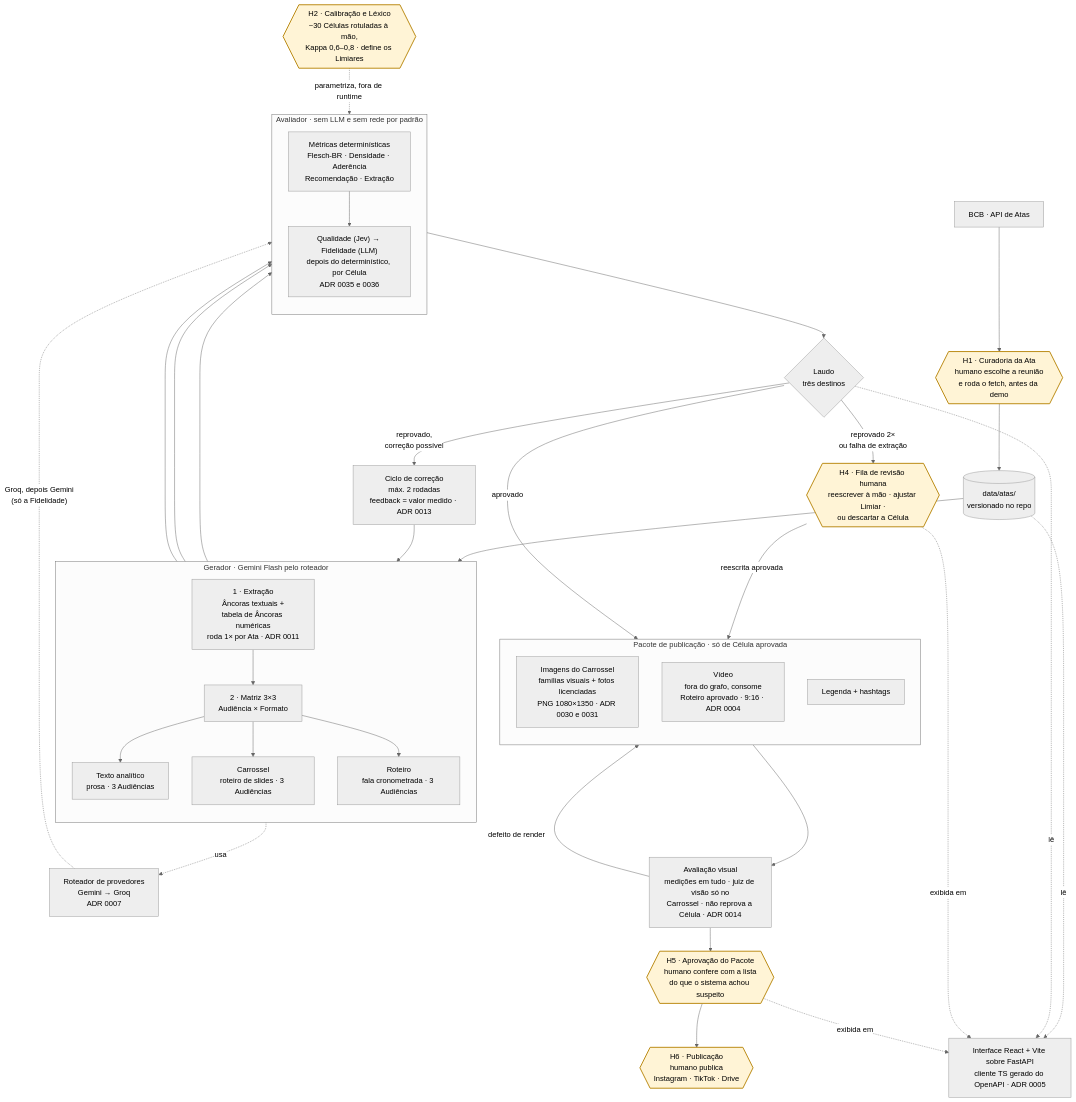
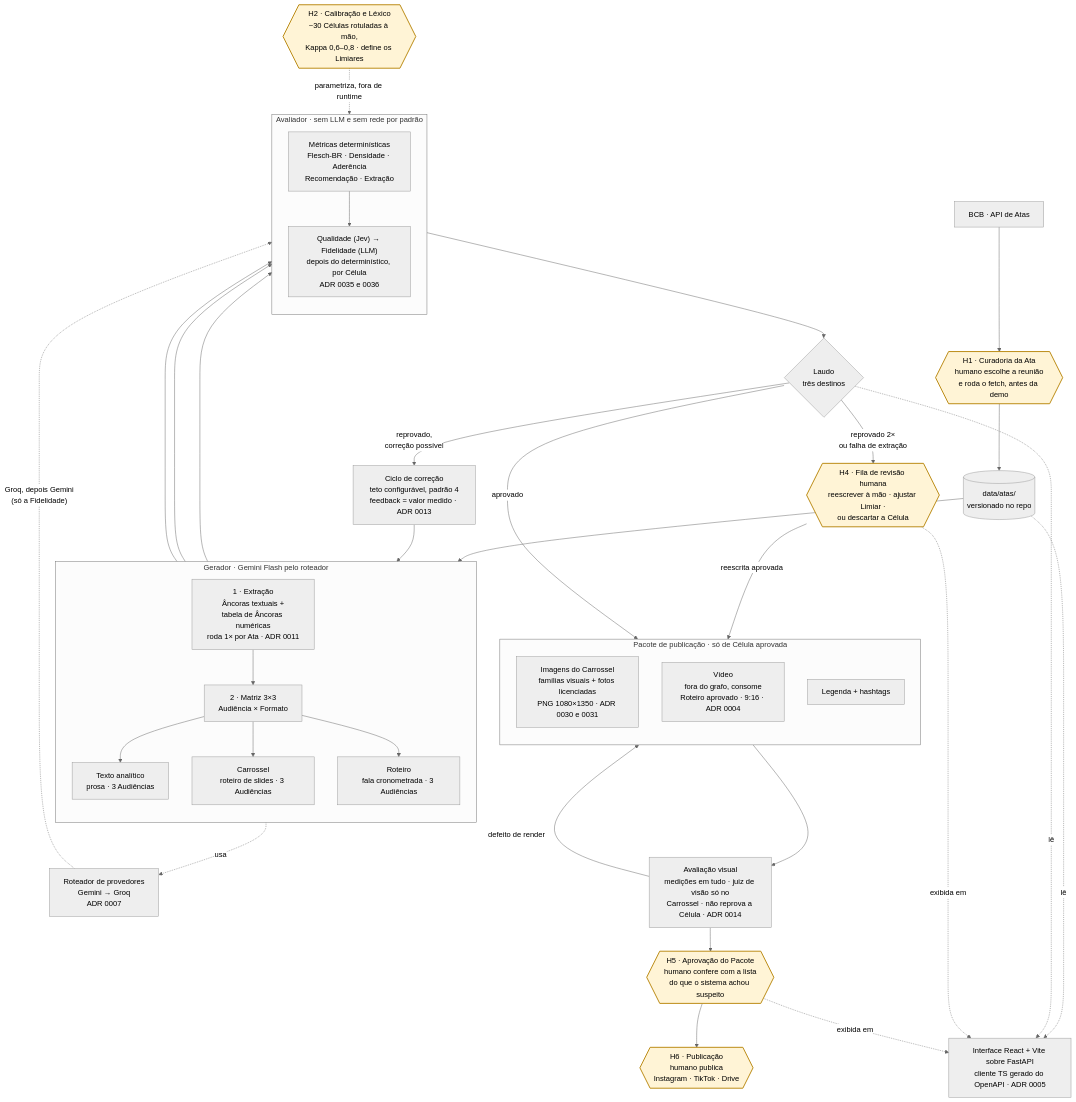
One commit to Lucas-Andrade-Silva/caseSunoAcademyFinance changed the diagram in docs/ARQUITETURA.md. Above: the diagram before and after it, drawn with Mermaid (neutral theme). The commit also changed other lines of this file and 41 other files, not shown here.

````diff
--- a/docs/ARQUITETURA.md
+++ b/docs/ARQUITETURA.md
@@ -68,75 +68,75 @@
 ```mermaid
 flowchart TD
     BCB["BCB · API de Atas"]
     H1{{"H1 · Curadoria da Ata<br/>humano escolhe a reunião<br/>e roda o fetch, antes da demo"}}
     ATAS[("data/atas/<br/>versionado no repo")]
     BCB --> H1 --> ATAS
 
     ATAS --> EXT
 
     subgraph G["Gerador · Gemini Flash pelo roteador"]
         direction TB
         EXT["1 · Extração<br/>Âncoras textuais +<br/>tabela de Âncoras numéricas<br/>roda 1× por Ata · ADR 0011"]
         MATRIZ["2 · Matriz 3×3<br/>Audiência × Formato"]
         TXT["Texto analítico<br/>prosa · 3 Audiências"]
         CAR["Carrossel<br/>roteiro de slides · 3 Audiências"]
         ROT["Roteiro<br/>fala cronometrada · 3 Audiências"]
         EXT --> MATRIZ
         MATRIZ --> TXT
         MATRIZ --> CAR
         MATRIZ --> ROT
     end
 
     ROUTER["Roteador de provedores<br/>Gemini → Groq<br/>ADR 0007"]
     G -. usa .-> ROUTER
 
     TXT --> A
     CAR --> A
     ROT --> A
 
     H2{{"H2 · Calibração e Léxico<br/>~30 Células rotuladas à mão,<br/>Kappa 0,6–0,8 · define os Limiares"}}
     H2 -.->|"parametriza, fora de runtime"| A
 
     subgraph A["Avaliador · sem LLM e sem rede por padrão"]
         direction TB
         DET["Métricas determinísticas<br/>Flesch-BR · Densidade · Aderência<br/>Recomendação · Extração"]
         JUIZ["Qualidade (Jev) → Fidelidade (LLM)<br/>depois do determinístico, por Célula<br/>ADR 0035 e 0036"]
         DET --> JUIZ
     end
 
     ROUTER -.->|"Groq, depois Gemini<br/>(só a Fidelidade)"| JUIZ
 
     A --> LAUDO{"Laudo<br/>três destinos"}
 
-    LAUDO -->|"reprovado,<br/>correção possível"| CICLO["Ciclo de correção<br/>máx. 2 rodadas<br/>feedback = valor medido · ADR 0013"]
+    LAUDO -->|"reprovado,<br/>correção possível"| CICLO["Ciclo de correção<br/>teto configurável, padrão 4<br/>feedback = valor medido · ADR 0013"]
     CICLO --> MATRIZ
 
     LAUDO -->|"reprovado 2×<br/>ou falha de extração"| H4
     H4{{"H4 · Fila de revisão humana<br/>reescrever à mão · ajustar Limiar ·<br/>ou descartar a Célula"}}
     H4 -->|"reescrita aprovada"| P
 
     LAUDO -->|"aprovado"| P
 
     subgraph P["Pacote de publicação · só de Célula aprovada"]
         direction TB
         IMG["Imagens do Carrossel<br/>famílias visuais + fotos licenciadas<br/>PNG 1080×1350 · ADR 0030 e 0031"]
         VIDEO["Vídeo<br/>fora do grafo, consome<br/>Roteiro aprovado · 9:16 · ADR 0004"]
         LEG["Legenda + hashtags"]
     end
 
     VIS["Avaliação visual<br/>medições em tudo · juiz de visão só no<br/>Carrossel · não reprova a Célula · ADR 0014"]
     P --> VIS
     VIS -->|"defeito de render"| P
     H5{{"H5 · Aprovação do Pacote<br/>humano confere com a lista<br/>do que o sistema achou suspeito"}}
     VIS --> H5
     H5 --> H6{{"H6 · Publicação<br/>humano publica<br/>Instagram · TikTok · Drive"}}
 
     UI["Interface React + Vite sobre FastAPI<br/>cliente TS gerado do OpenAPI · ADR 0005"]
     ATAS -. lê .-> UI
     LAUDO -. lê .-> UI
     H4 -. exibida em .-> UI
     H5 -. exibida em .-> UI
 
     classDef humano fill:#fff4d6,stroke:#b8860b,stroke-width:2px,color:#000
     class H1,H2,H4,H5,H6 humano
 ```
````
